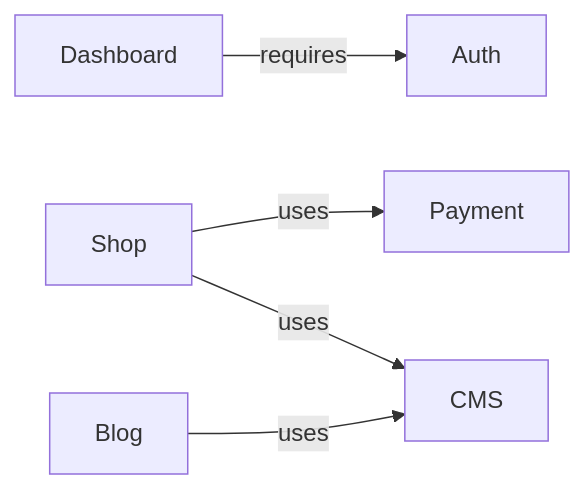
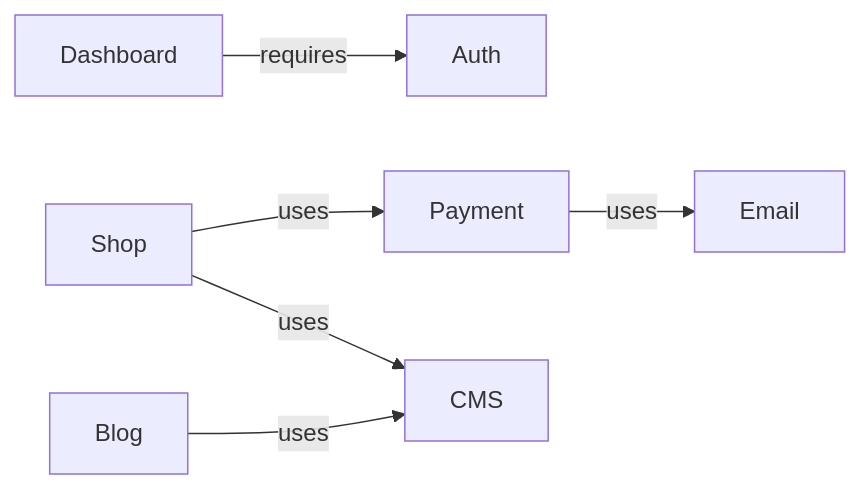
One commit to nkirkr/luxhomme changed the diagram in docs/modules.md. Above: the diagram before and after it, drawn with Mermaid. The commit also changed other lines of this file and 137 other files, not shown here.

````diff
--- a/docs/modules.md
+++ b/docs/modules.md
@@ -5,7 +5,8 @@
 ```mermaid
 graph LR
     Dashboard -->|"requires"| Auth
     Shop -->|"uses"| Payment
     Blog -->|"uses"| CMS
     Shop -->|"uses"| CMS
+    Payment -->|"uses"| Email
 ```
````
